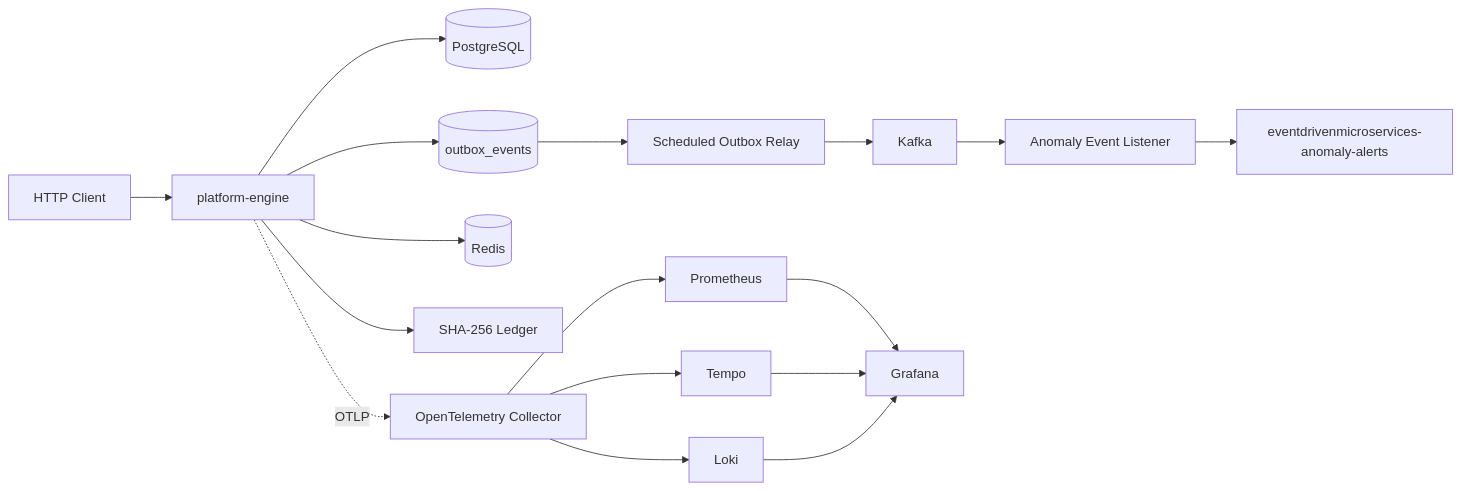
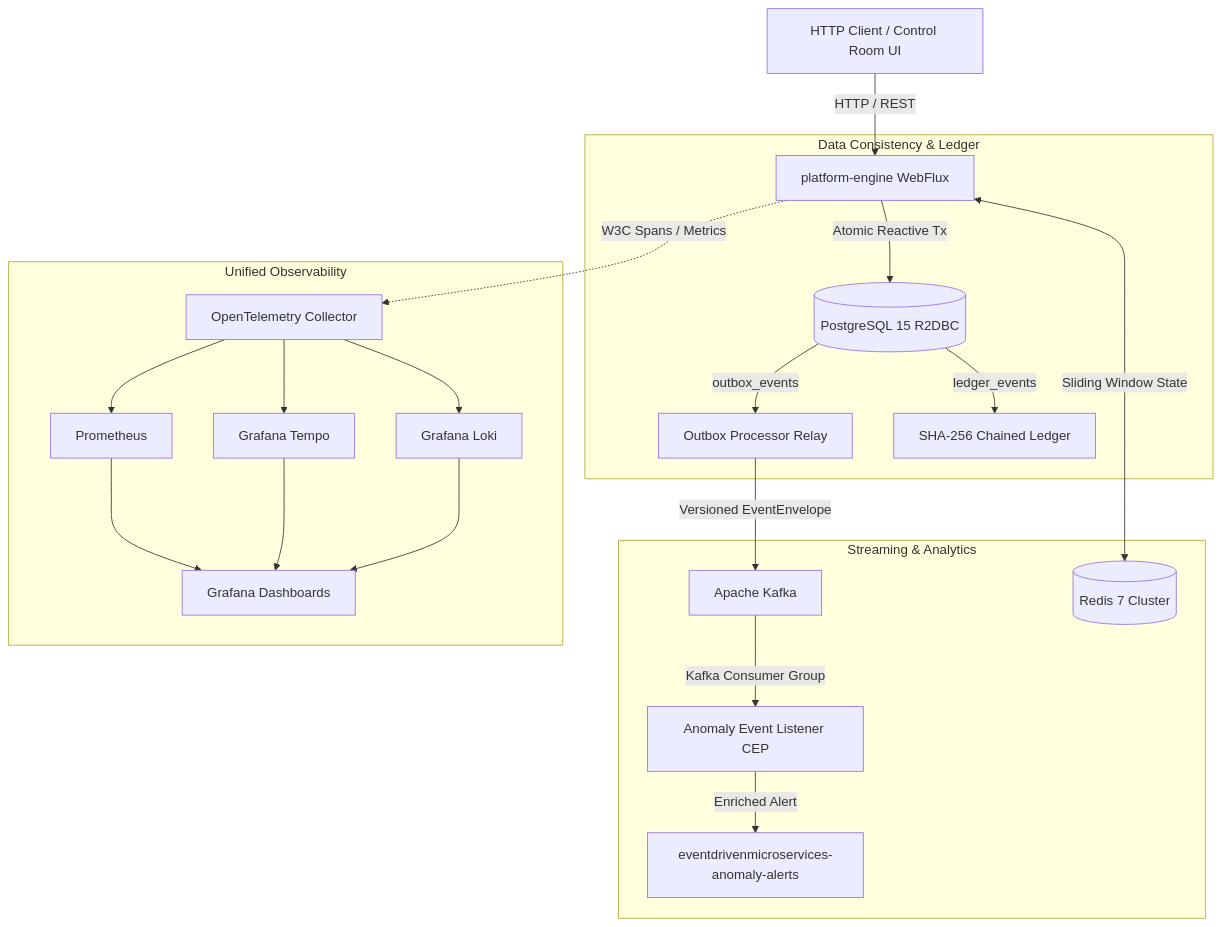
Before and after one commit to andreruizdev/event-driven-platform: the diagram in docs/architecture.md, drawn with Mermaid. The commit also changed other lines of this file and 20 other files, not shown here.

````diff
--- a/docs/architecture.md
+++ b/docs/architecture.md
@@ -11,20 +13,27 @@
 ```mermaid
-flowchart LR
-    Client[HTTP Client] --> API[platform-engine]
-    API --> PG[(PostgreSQL)]
-    API --> OUTBOX[(outbox_events)]
-    API --> REDIS[(Redis)]
-    OUTBOX --> RELAY[Scheduled Outbox Relay]
-    RELAY --> KAFKA[Kafka]
-    KAFKA --> CEP[Anomaly Event Listener]
-    CEP --> ALERT[eventdrivenmicroservices-anomaly-alerts]
-    API --> LEDGER[SHA-256 Ledger]
+flowchart TD
+    Client[HTTP Client / Control Room UI] -->|HTTP / REST| API[platform-engine WebFlux]
+    
+    subgraph Data Consistency & Ledger
+        API -->|Atomic Reactive Tx| PG[(PostgreSQL 15 R2DBC)]
+        PG -->|outbox_events| RELAY[Outbox Processor Relay]
+        PG -->|ledger_events| LEDGER[SHA-256 Chained Ledger]
+    end
 
-    API -. OTLP .-> OTEL[OpenTelemetry Collector]
-    OTEL --> PROM[Prometheus]
-    OTEL --> TEMPO[Tempo]
-    OTEL --> LOKI[Loki]
-    PROM --> GRAFANA[Grafana]
-    TEMPO --> GRAFANA
-    LOKI --> GRAFANA
+    subgraph Streaming & Analytics
+        RELAY -->|Versioned EventEnvelope| KAFKA[Apache Kafka]
+        KAFKA -->|Kafka Consumer Group| CEP[Anomaly Event Listener CEP]
+        CEP -->|Enriched Alert| ALERT[eventdrivenmicroservices-anomaly-alerts]
+        API <-->|Sliding Window State| REDIS[(Redis 7 Cluster)]
+    end
+
+    subgraph Unified Observability
+        API -. W3C Spans / Metrics .-> OTEL[OpenTelemetry Collector]
+        OTEL --> PROM[Prometheus]
+        OTEL --> TEMPO[Grafana Tempo]
+        OTEL --> LOKI[Grafana Loki]
+        PROM --> GRAFANA[Grafana Dashboards]
+        TEMPO --> GRAFANA
+        LOKI --> GRAFANA
+    end
 ```
````
